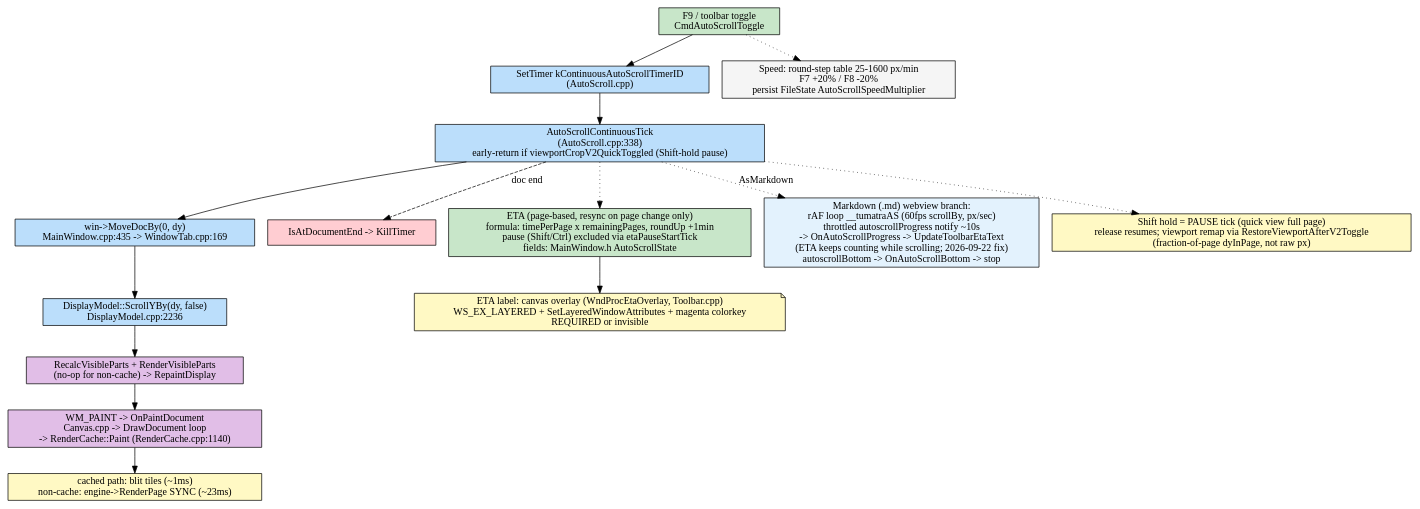
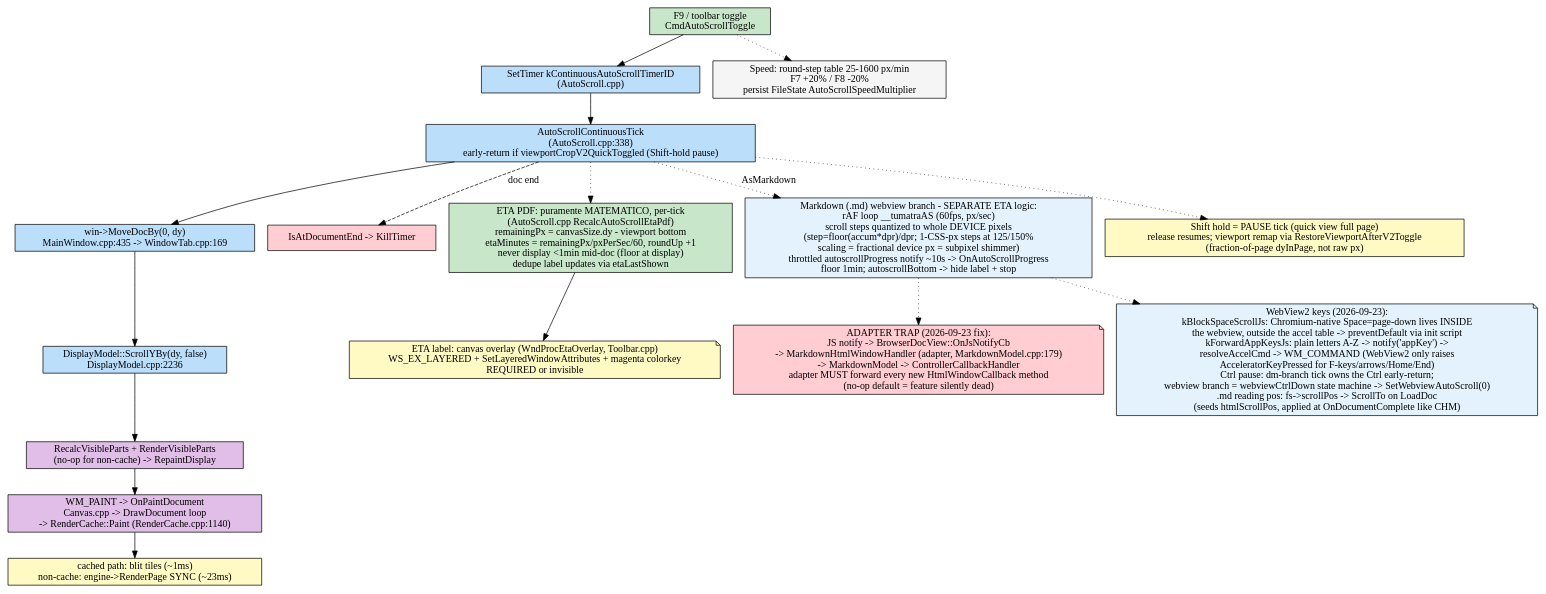
Before and after one commit to FelipeTesta/TumatraPDF: the diagram in FLOW/autoscroll.dot, drawn with Graphviz. The commit also changed 22 other files, not shown here.

```diff
--- a/FLOW/autoscroll.dot
+++ b/FLOW/autoscroll.dot
@@ -1,31 +1,35 @@
 digraph AutoScroll {
     rankdir=TB;
     node [shape=box, style=rounded];
 
     start [label="F9 / toolbar toggle\nCmdAutoScrollToggle", fillcolor="#c8e6c9", style=filled];
     timer [label="SetTimer kContinuousAutoScrollTimerID\n(AutoScroll.cpp)", fillcolor="#bbdefb", style=filled];
     tick [label="AutoScrollContinuousTick\n(AutoScroll.cpp:338)\nearly-return if viewportCropV2QuickToggled (Shift-hold pause)", fillcolor="#bbdefb", style=filled];
     movedoc [label="win->MoveDocBy(0, dy)\nMainWindow.cpp:435 -> WindowTab.cpp:169", fillcolor="#bbdefb", style=filled];
     scrolly [label="DisplayModel::ScrollYBy(dy, false)\nDisplayModel.cpp:2236", fillcolor="#bbdefb", style=filled];
     parts [label="RecalcVisibleParts + RenderVisibleParts\n(no-op for non-cache) -> RepaintDisplay", fillcolor="#e1bee7", style=filled];
     paint [label="WM_PAINT -> OnPaintDocument\nCanvas.cpp -> DrawDocument loop\n-> RenderCache::Paint (RenderCache.cpp:1140)", fillcolor="#e1bee7", style=filled];
     cache [label="cached path: blit tiles (~1ms)\nnon-cache: engine->RenderPage SYNC (~23ms)", fillcolor="#fff9c4", style=filled];
     end [label="IsAtDocumentEnd -> KillTimer", fillcolor="#ffcdd2", style=filled];
 
-    eta [label="ETA (page-based, resync on page change only)\nformula: timePerPage x remainingPages, roundUp +1min\npause (Shift/Ctrl) excluded via etaPauseStartTick\nfields: MainWindow.h AutoScrollState", shape=box, fillcolor="#c8e6c9", style=filled];
+    eta [label="ETA PDF: puramente MATEMATICO, per-tick\n(AutoScroll.cpp RecalcAutoScrollEtaPdf)\nremainingPx = canvasSize.dy - viewport bottom\netaMinutes = remainingPx/pxPerSec/60, roundUp +1\nnever display <1min mid-doc (floor at display)\ndedupe label updates via etaLastShown", shape=box, fillcolor="#c8e6c9", style=filled];
     etaUi [label="ETA label: canvas overlay (WndProcEtaOverlay, Toolbar.cpp)\nWS_EX_LAYERED + SetLayeredWindowAttributes + magenta colorkey\nREQUIRED or invisible", shape=note, fillcolor="#fff9c4", style=filled];
 
-    md [label="Markdown (.md) webview branch:\nrAF loop __tumatraAS (60fps scrollBy, px/sec)\nthrottled autoscrollProgress notify ~10s\n-> OnAutoScrollProgress -> UpdateToolbarEtaText\n(ETA keeps counting while scrolling; 2026-09-22 fix)\nautoscrollBottom -> OnAutoScrollBottom -> stop", shape=box, fillcolor="#e3f2fd", style=filled];
+    md [label="Markdown (.md) webview branch - SEPARATE ETA logic:\nrAF loop __tumatraAS (60fps, px/sec)\nscroll steps quantized to whole DEVICE pixels\n(step=floor(accum*dpr)/dpr; 1-CSS-px steps at 125/150%\nscaling = fractional device px = subpixel shimmer)\nthrottled autoscrollProgress notify ~10s -> OnAutoScrollProgress\nfloor 1min; autoscrollBottom -> hide label + stop", shape=box, fillcolor="#e3f2fd", style=filled];
+    mdhop [label="ADAPTER TRAP (2026-09-23 fix):\nJS notify -> BrowserDocView::OnJsNotifyCb\n-> MarkdownHtmlWindowHandler (adapter, MarkdownModel.cpp:179)\n-> MarkdownModel -> ControllerCallbackHandler\nadapter MUST forward every new HtmlWindowCallback method\n(no-op default = feature silently dead)", shape=note, fillcolor="#ffcdd2", style=filled];
+    mdkeys [label="WebView2 keys (2026-09-23):\nkBlockSpaceScrollJs: Chromium-native Space=page-down lives INSIDE\nthe webview, outside the accel table -> preventDefault via init script\nkForwardAppKeysJs: plain letters A-Z -> notify('appKey') ->\nresolveAccelCmd -> WM_COMMAND (WebView2 only raises\nAcceleratorKeyPressed for F-keys/arrows/Home/End)\nCtrl pause: dm-branch tick owns the Ctrl early-return;\nwebview branch = webviewCtrlDown state machine -> SetWebviewAutoScroll(0)\n.md reading pos: fs->scrollPos -> ScrollTo on LoadDoc\n(seeds htmlScrollPos, applied at OnDocumentComplete like CHM)", shape=note, fillcolor="#e3f2fd", style=filled];
 
     shift [label="Shift hold = PAUSE tick (quick view full page)\nrelease resumes; viewport remap via RestoreViewportAfterV2Toggle\n(fraction-of-page dyInPage, not raw px)", shape=box, fillcolor="#fff9c4", style=filled];
 
     start -> timer -> tick -> movedoc -> scrolly -> parts -> paint -> cache;
     tick -> end [style=dashed, label="doc end"];
     tick -> eta [style=dotted];
     eta -> etaUi;
     tick -> md [style=dotted, label="AsMarkdown"];
+    md -> mdhop [style=dotted];
+    md -> mdkeys [style=dotted];
     tick -> shift [style=dotted];
 
     speed [label="Speed: round-step table 25-1600 px/min\nF7 +20% / F8 -20%\npersist FileState AutoScrollSpeedMultiplier", shape=box, fillcolor="#f5f5f5", style=filled];
     start -> speed [style=dotted];
 }
```
